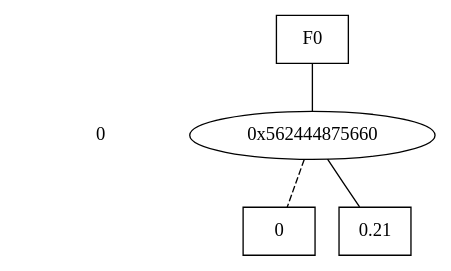
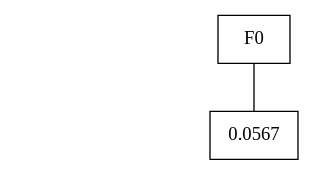
The diagram in step_results/alpha_temp_0_3.dot (AAU-Dat/CuPAAL), drawn with Graphviz before and after one commit. The commit also changed 38 other files, not shown here.

```diff
--- a/step_results/alpha_temp_0_3.dot
+++ b/step_results/alpha_temp_0_3.dot
@@ -1,25 +1,18 @@
 digraph "DD" {
 size = "7.5,10"
 center = true;
 edge [dir = none];
 { node [shape = plaintext];
   edge [style = invis];
   "CONST NODES" [style = invis];
-" 0 " -> "CONST NODES"; 
+"CONST NODES"; 
 }
 { rank = same; node [shape = box]; edge [style = invis];
 "F0"; }
-{ rank = same; " 0 ";
-"0x562444875660";
-}
 { rank = same; "CONST NODES";
-{ node [shape = box]; "0x562444875260";
-"0x5624448755e0";
+{ node [shape = box]; "0x56461616f740";
 }
 }
-"F0" -> "0x562444875660" [style = solid];
-"0x562444875660" -> "0x5624448755e0";
-"0x562444875660" -> "0x562444875260" [style = dashed];
-"0x562444875260" [label = "0"];
-"0x5624448755e0" [label = "0.21"];
+"F0" -> "0x56461616f740" [style = solid];
+"0x56461616f740" [label = "0.0567"];
 }
```
